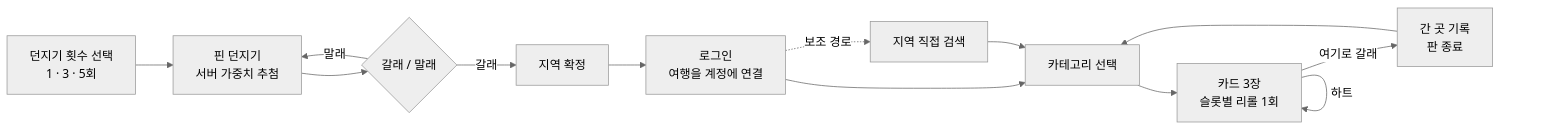
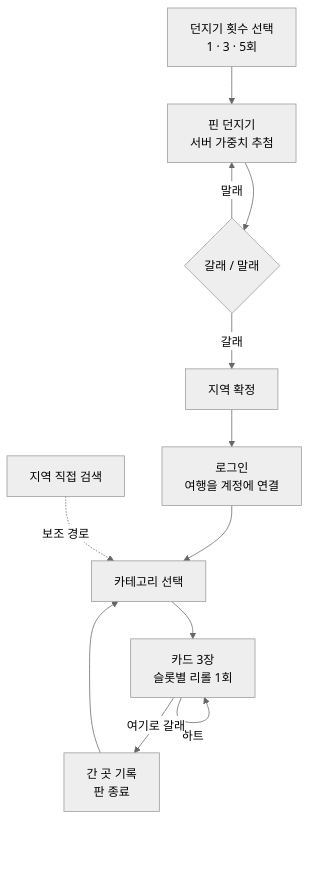
Before and after one commit to Sanggeun-Cho/goOrNot: the first of 5 diagrams in README.md, drawn with Mermaid (neutral theme). The commit also changed other lines of this file, not shown here.

First line of the commit message:
docs: README Mermaid 파싱 오류 수정

````diff
--- a/README.md
+++ b/README.md
@@ -62,14 +62,14 @@
 ```mermaid
-flowchart LR
-    A[던지기 횟수 선택<br/>1 · 3 · 5회] --> B[핀 던지기<br/>서버 가중치 추첨]
-    B --> C{갈래 / 말래}
+flowchart TB
+    A["던지기 횟수 선택<br/>1 · 3 · 5회"] --> B["핀 던지기<br/>서버 가중치 추첨"]
+    B --> C{"갈래 / 말래"}
     C -- 말래 --> B
-    C -- 갈래 --> D[지역 확정]
-    D --> E[로그인<br/>여행을 계정에 연결]
-    E --> F[카테고리 선택]
-    F --> G[카드 3장<br/>슬롯별 리롤 1회]
+    C -- 갈래 --> D["지역 확정"]
+    D --> E["로그인<br/>여행을 계정에 연결"]
+    E --> F["카테고리 선택"]
+    S["지역 직접 검색"] -. 보조 경로 .-> F
+    F --> G["카드 3장<br/>슬롯별 리롤 1회"]
     G -- 하트 --> G
-    G -- 여기로 갈래 --> H[간 곳 기록<br/>판 종료]
+    G -- 여기로 갈래 --> H["간 곳 기록<br/>판 종료"]
     H --> F
-    E -. 보조 경로 .-> S[지역 직접 검색] --> F
 ```
````
